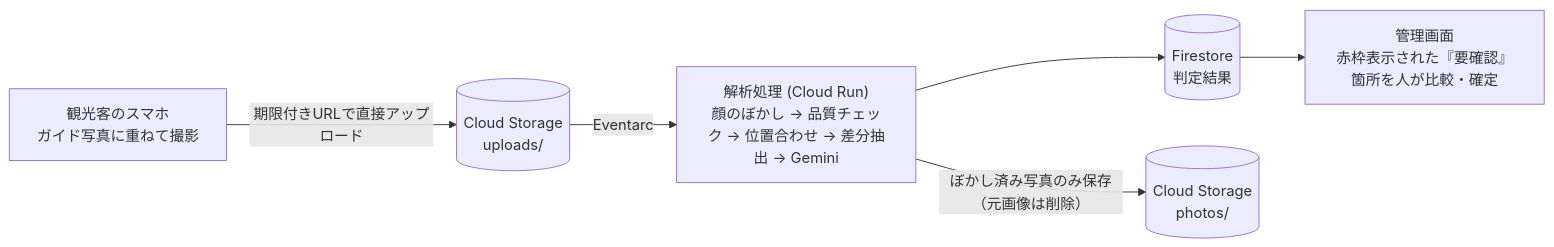
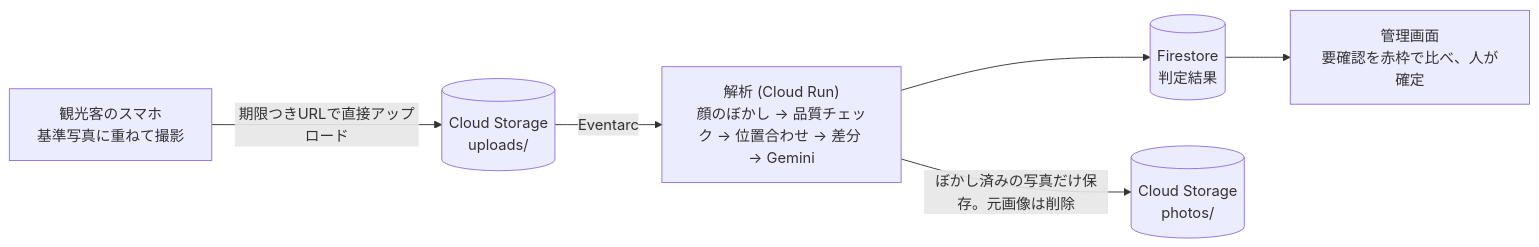
The diagram in README.md (Devfest-Hackathon-2026/df-2026-t012), drawn with Mermaid before and after one commit. The commit also changed other lines of this file and 8 other files, not shown here.

````diff
--- a/README.md
+++ b/README.md
@@ -32,9 +34,8 @@
 ```mermaid
 flowchart LR
-  A["観光客のスマホ<br/>ガイド写真に重ねて撮影"] -->|期限付きURLで直接アップロード| B[(Cloud Storage<br/>uploads/)]
-  B -->|Eventarc| C["解析処理 (Cloud Run)<br/>顔のぼかし → 品質チェック → 位置合わせ → 差分抽出 → Gemini"]
+  A["観光客のスマホ<br/>基準写真に重ねて撮影"] -->|期限つきURLで直接アップロード| B[(Cloud Storage<br/>uploads/)]
+  B -->|Eventarc| C["解析 (Cloud Run)<br/>顔のぼかし → 品質チェック → 位置合わせ → 差分 → Gemini"]
   C --> D[(Firestore<br/>判定結果)]
-  C -->|ぼかし済み写真のみ保存（元画像は削除）| E[(Cloud Storage<br/>photos/)]
-  D --> F["管理画面<br/>赤枠表示された『要確認』箇所を人が比較・確定"]
-
+  C -->|ぼかし済みの写真だけ保存。元画像は削除| E[(Cloud Storage<br/>photos/)]
+  D --> F["管理画面<br/>要確認を赤枠で比べ、人が確定"]
 ```
````
